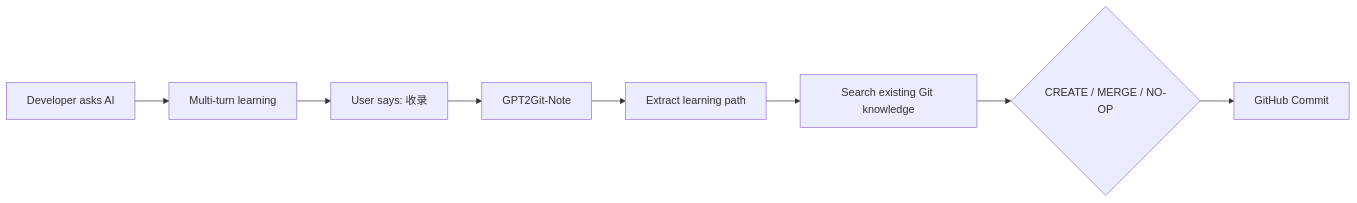
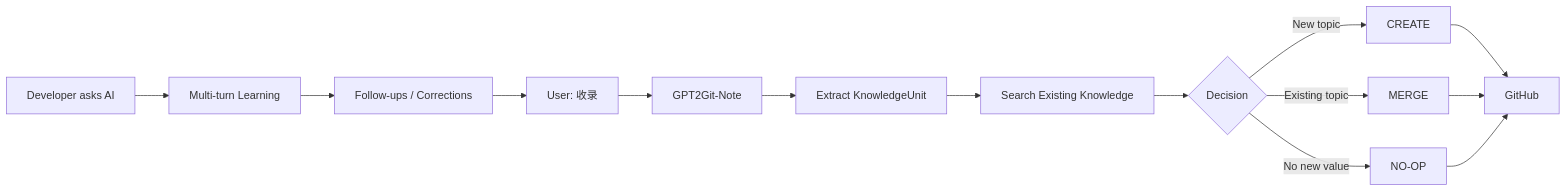
Before and after one commit to pogacar03/GPT2Git-Note: the diagram in README.md, drawn with Mermaid. The commit also changed other lines of this file, not shown here.

Commit message:
docs: redesign README for GPT2Git-Note

````diff
--- a/README.md
+++ b/README.md
@@ -50,10 +198,16 @@
 ```mermaid
 flowchart LR
-    A[Developer asks AI] --> B[Multi-turn learning]
-    B --> C[User says: 收录]
-    C --> D[GPT2Git-Note]
-    D --> E[Extract learning path]
-    E --> F[Search existing Git knowledge]
-    F --> G{CREATE / MERGE / NO-OP}
-    G --> H[GitHub Commit]
+    A[Developer asks AI] --> B[Multi-turn Learning]
+    B --> C[Follow-ups / Corrections]
+    C --> D[User: 收录]
+    D --> E[GPT2Git-Note]
+    E --> F[Extract KnowledgeUnit]
+    F --> G[Search Existing Knowledge]
+    G --> H{Decision}
+    H -->|New topic| I[CREATE]
+    H -->|Existing topic| J[MERGE]
+    H -->|No new value| K[NO-OP]
+    I --> L[GitHub]
+    J --> L
+    K --> L
 ```
````
